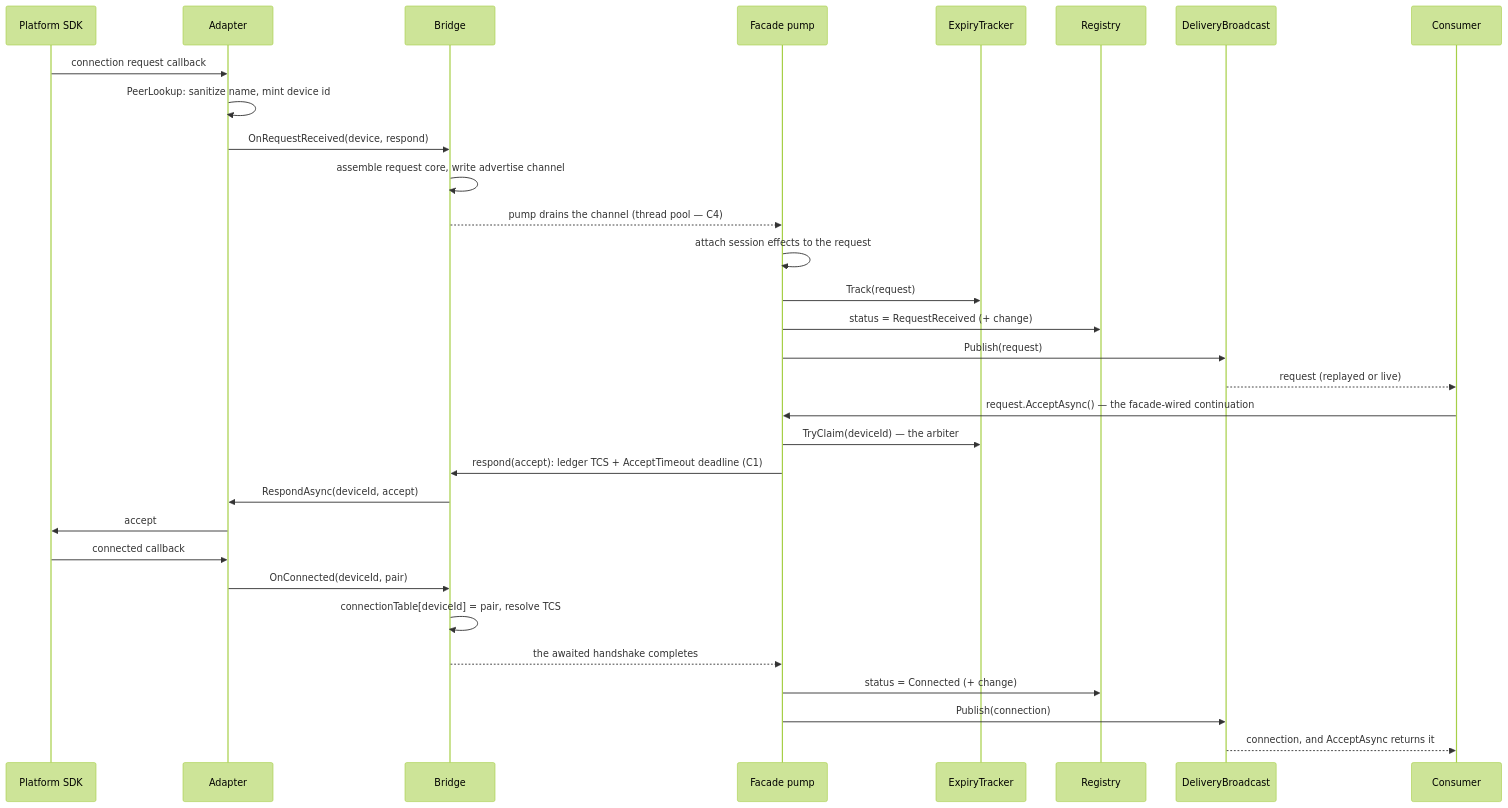
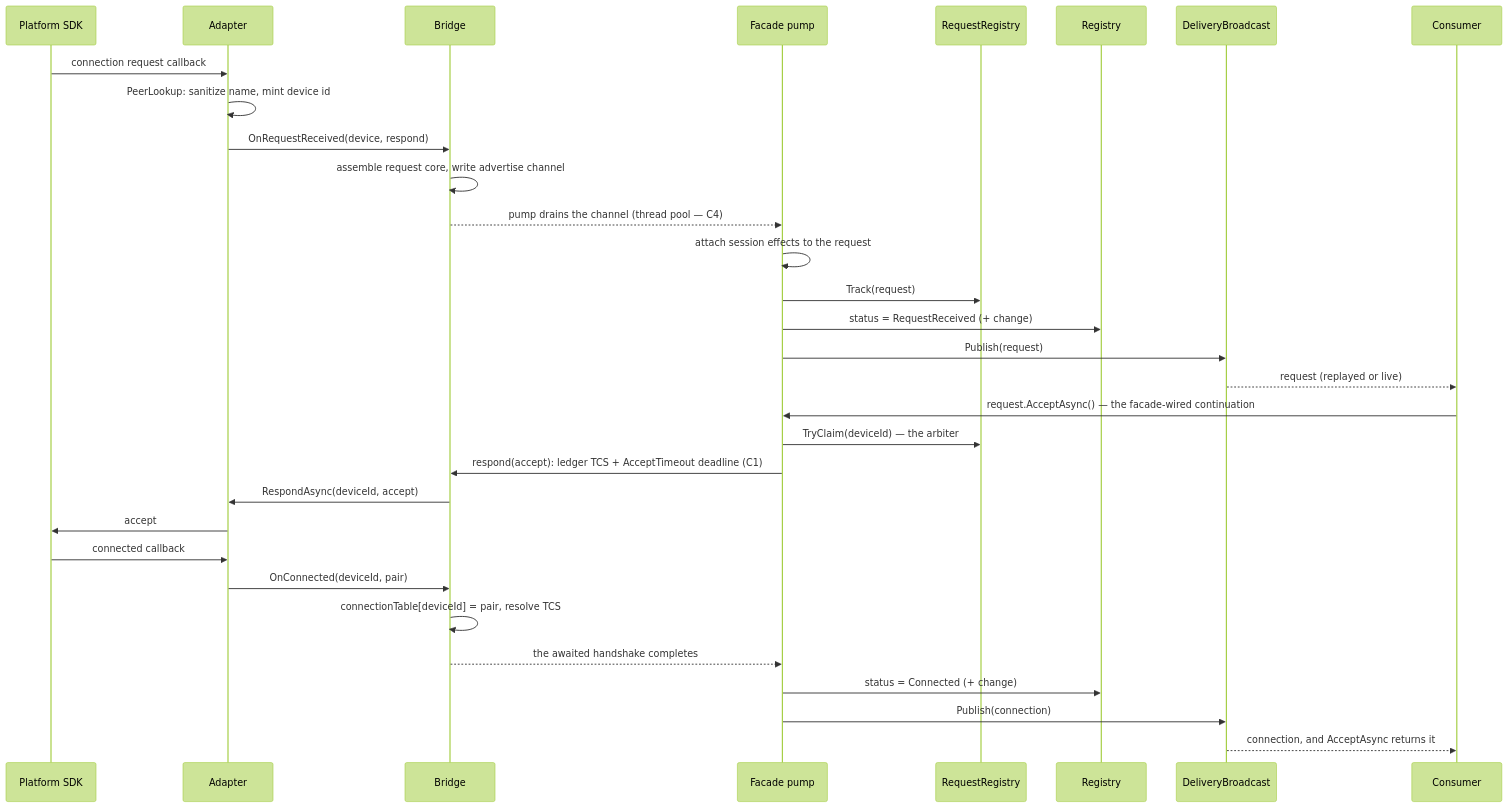
One commit to phunkeler/Plugin.Maui.NearbyConnections changed the seventh of 9 diagrams in docs/ARCHITECTURE.md. Above: the diagram before and after it, drawn with Mermaid (forest theme). The commit also changed other lines of this file, not shown here.

Commit message:
architecture design doc

````diff
--- a/docs/ARCHITECTURE.md
+++ b/docs/ARCHITECTURE.md
@@ -652,33 +761,33 @@
 ```mermaid
 sequenceDiagram
     participant SDK as Platform SDK
     participant AD as Adapter
     participant BR as Bridge
     participant FAC as Facade pump
-    participant EX as ExpiryTracker
+    participant RR as RequestRegistry
     participant REG as Registry
     participant DB as DeliveryBroadcast
     participant VM as Consumer
     SDK->>AD: connection request callback
     AD->>AD: PeerLookup: sanitize name, mint device id
     AD->>BR: OnRequestReceived(device, respond)
     BR->>BR: assemble request core, write advertise channel
     BR-->>FAC: pump drains the channel (thread pool — C4)
     FAC->>FAC: attach session effects to the request
-    FAC->>EX: Track(request)
+    FAC->>RR: Track(request)
     FAC->>REG: status = RequestReceived (+ change)
     FAC->>DB: Publish(request)
     DB-->>VM: request (replayed or live)
     VM->>FAC: request.AcceptAsync() — the facade-wired continuation
-    FAC->>EX: TryClaim(deviceId) — the arbiter
+    FAC->>RR: TryClaim(deviceId) — the arbiter
     FAC->>BR: respond(accept): ledger TCS + AcceptTimeout deadline (C1)
     BR->>AD: RespondAsync(deviceId, accept)
     AD->>SDK: accept
     SDK->>AD: connected callback
     AD->>BR: OnConnected(deviceId, pair)
     BR->>BR: connectionTable[deviceId] = pair, resolve TCS
     BR-->>FAC: the awaited handshake completes
     FAC->>REG: status = Connected (+ change)
     FAC->>DB: Publish(connection)
     DB-->>VM: connection, and AcceptAsync returns it
 ```
````
